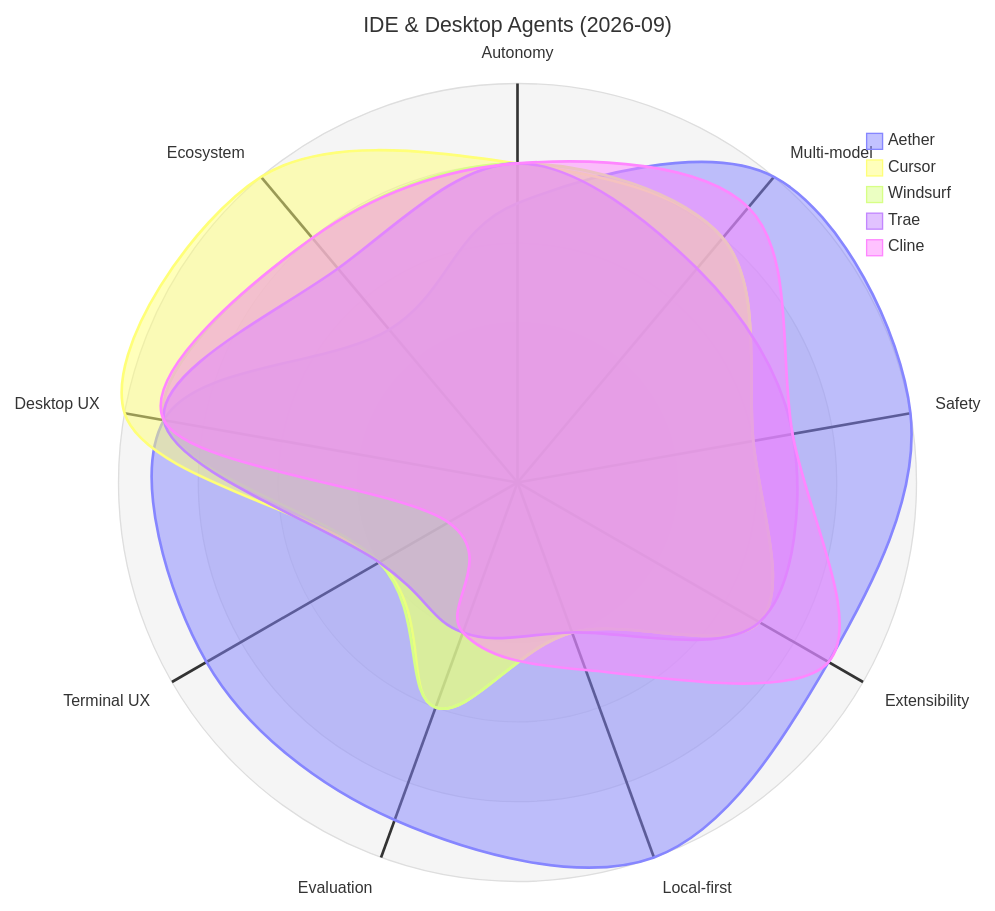
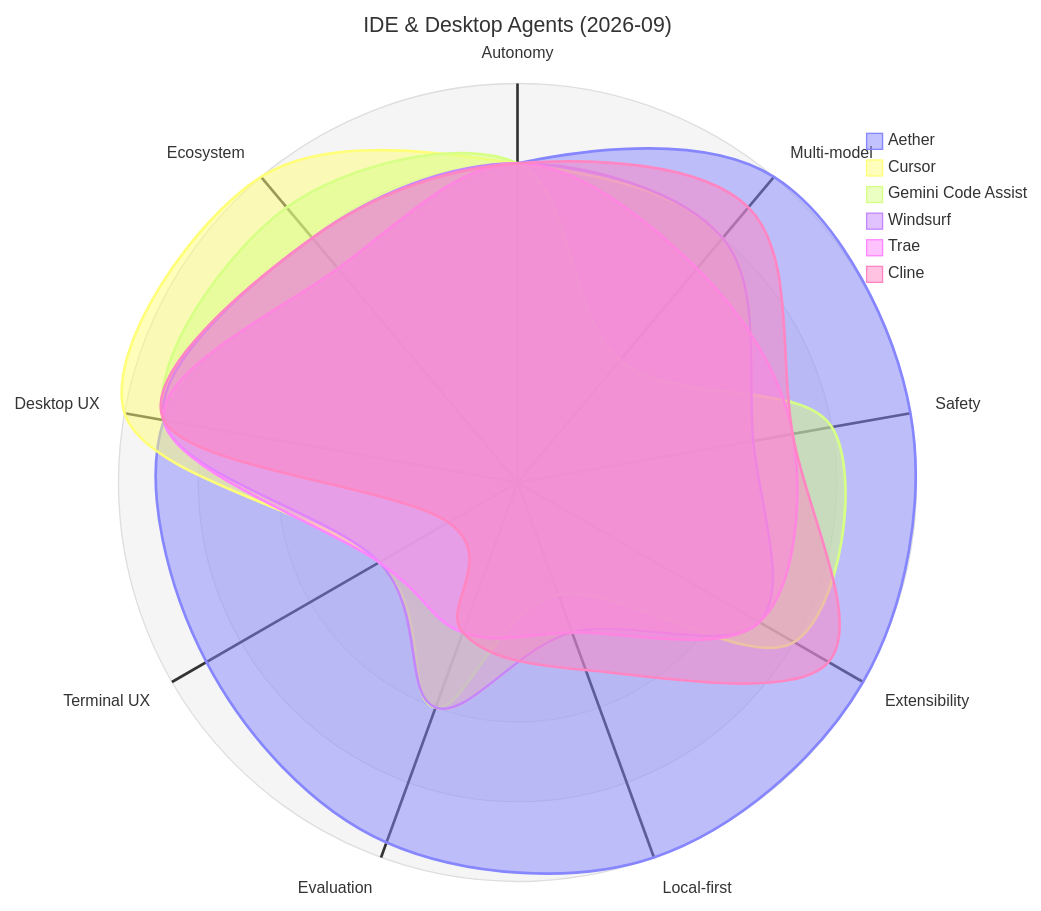
One commit to TQSY114514/Aether changed the second of 3 diagrams in docs/competitive-analysis.md. Above: the diagram before and after it, drawn with Mermaid. The commit also changed other lines of this file and 30 other files, not shown here.

First line of the commit message:
docs(radar): expand self-assessment radar to 18 peers with Amp and Gemini Code Assist

````diff
--- a/docs/competitive-analysis.md
+++ b/docs/competitive-analysis.md
@@ -74,12 +77,13 @@
 ```mermaid
 radar-beta
   title IDE & Desktop Agents (2026-09)
   axis aut["Autonomy"], mm["Multi-model"], saf["Safety"], ext["Extensibility"], loc["Local-first"], eva["Evaluation"], tux["Terminal UX"], dux["Desktop UX"], eco["Ecosystem"]
-  curve aether["Aether"]{3.5, 5.0, 5.0, 4.5, 5.0, 4.5, 4.5, 4.5, 2.5}
+  curve aether["Aether"]{4.0, 5.0, 5.0, 5.0, 5.0, 4.8, 4.5, 4.5, 3.5}
   curve cursor["Cursor"]{4.0, 4.0, 3.0, 3.5, 2.0, 3.0, 2.0, 5.0, 5.0}
+  curve gemini["Gemini Code Assist"]{4.0, 2.0, 4.0, 4.0, 1.5, 3.0, 2.0, 4.5, 4.5}
   curve windsurf["Windsurf"]{4.0, 4.0, 3.0, 3.5, 2.0, 3.0, 2.0, 4.5, 4.0}
   curve trae["Trae"]{4.0, 3.5, 3.5, 3.5, 2.0, 2.0, 2.0, 4.5, 3.5}
   curve cline["Cline"]{4.0, 4.5, 3.5, 4.5, 2.5, 2.0, 1.0, 4.5, 4.0}
   max 5
   min 0
 ```
````
